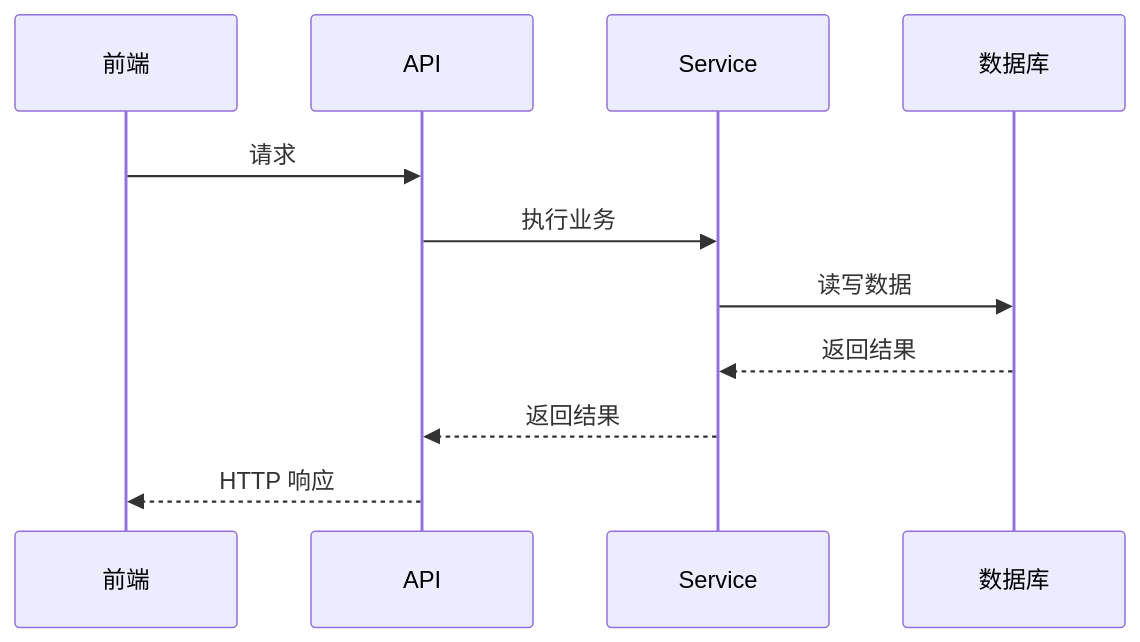
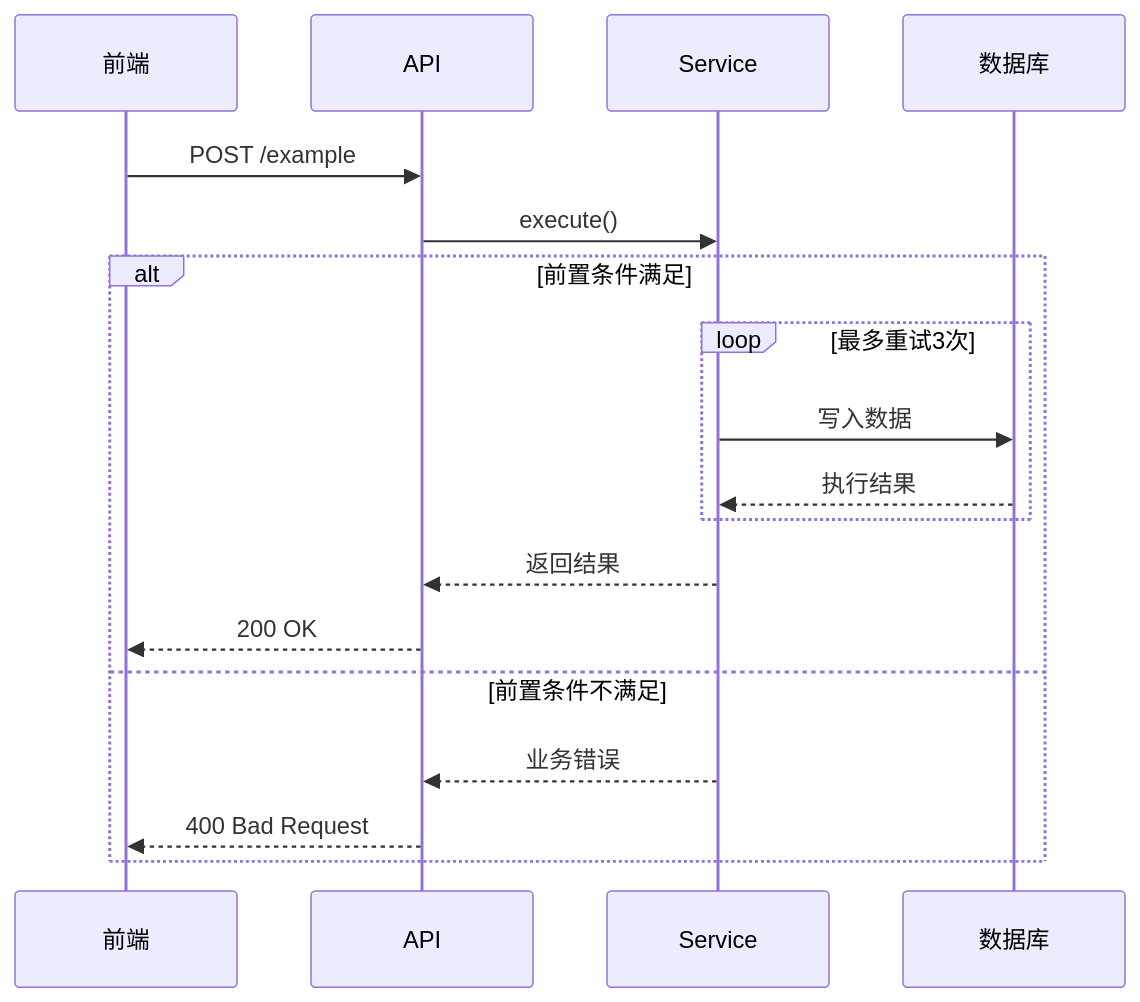
The diagram in templates/sequence.mmd (delong6/software-architecture-intelligence), drawn with Mermaid before and after one commit. The commit also changed 20 other files, not shown here.

```diff
--- a/templates/sequence.mmd
+++ b/templates/sequence.mmd
@@ -1,12 +1,19 @@
 sequenceDiagram
     participant FE as 前端
     participant API as API
     participant S as Service
     participant DB as 数据库
 
-    FE->>API: 请求
-    API->>S: 执行业务
-    S->>DB: 读写数据
-    DB-->>S: 返回结果
-    S-->>API: 返回结果
-    API-->>FE: HTTP 响应
+    FE->>API: POST /example
+    API->>S: execute()
+    alt 前置条件满足
+        loop 最多重试3次
+            S->>DB: 写入数据
+            DB-->>S: 执行结果
+        end
+        S-->>API: 返回结果
+        API-->>FE: 200 OK
+    else 前置条件不满足
+        S-->>API: 业务错误
+        API-->>FE: 400 Bad Request
+    end
```
